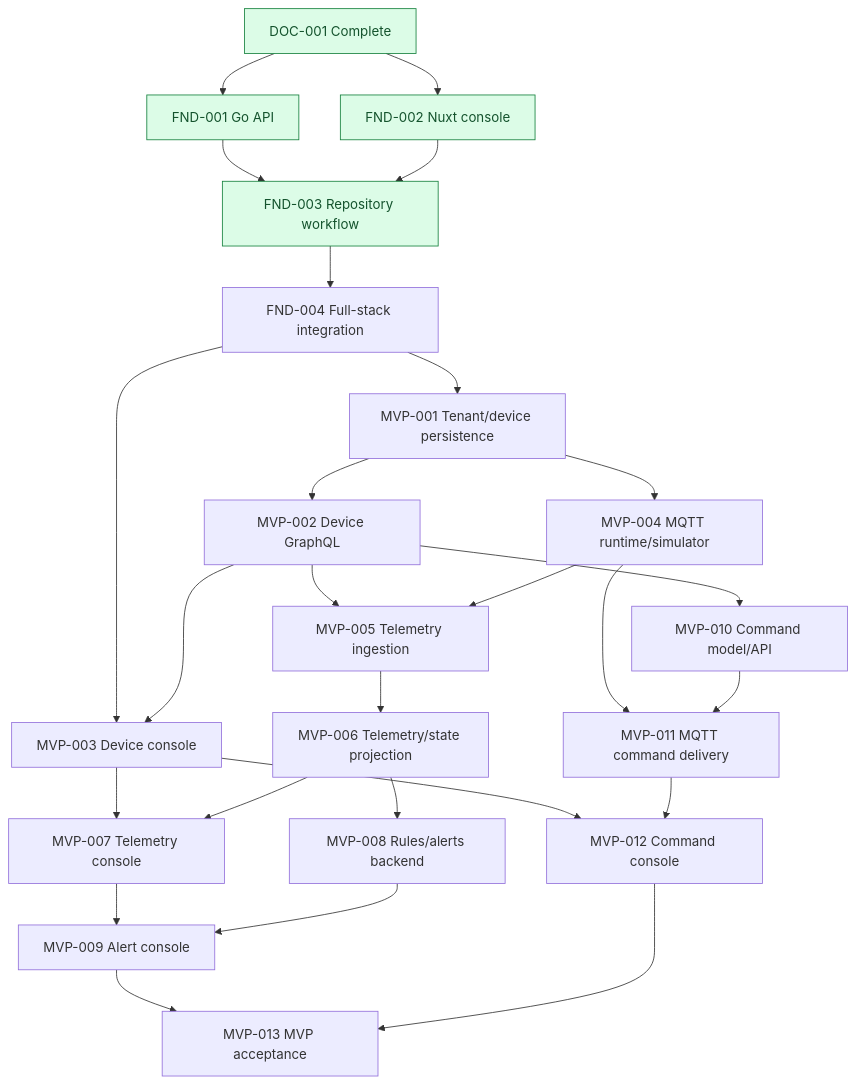
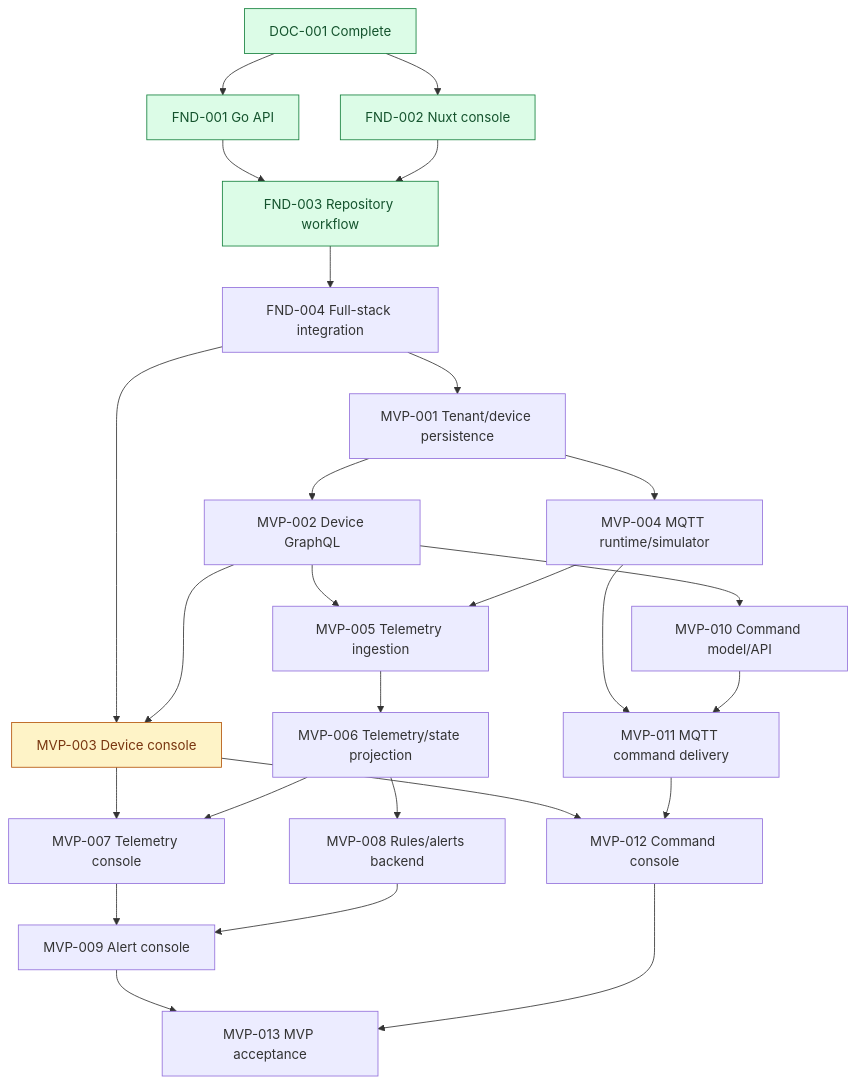
Before and after one commit to methat-ruk/pulsegrid: the second of 2 diagrams in docs/roadmap/roadmap.md, drawn with Mermaid. The commit also changed other lines of this file and 30 other files, not shown here.

````diff
--- a/docs/roadmap/roadmap.md
+++ b/docs/roadmap/roadmap.md
@@ -49,39 +49,41 @@
 ```mermaid
 flowchart TD
     DOC001[DOC-001 Complete] --> FND001[FND-001 Go API]
     DOC001 --> FND002[FND-002 Nuxt console]
     FND001 --> FND003[FND-003 Repository workflow]
     FND002 --> FND003
     FND003 --> FND004[FND-004 Full-stack integration]
 
     FND004 --> MVP001[MVP-001 Tenant/device persistence]
     MVP001 --> MVP002[MVP-002 Device GraphQL]
     FND004 --> MVP003[MVP-003 Device console]
     MVP002 --> MVP003
 
     MVP001 --> MVP004[MVP-004 MQTT runtime/simulator]
     MVP002 --> MVP005[MVP-005 Telemetry ingestion]
     MVP004 --> MVP005
     MVP005 --> MVP006[MVP-006 Telemetry/state projection]
     MVP003 --> MVP007[MVP-007 Telemetry console]
     MVP006 --> MVP007
 
     MVP006 --> MVP008[MVP-008 Rules/alerts backend]
     MVP007 --> MVP009[MVP-009 Alert console]
     MVP008 --> MVP009
 
     MVP002 --> MVP010[MVP-010 Command model/API]
     MVP004 --> MVP011[MVP-011 MQTT command delivery]
     MVP010 --> MVP011
     MVP003 --> MVP012[MVP-012 Command console]
     MVP011 --> MVP012
 
     MVP009 --> MVP013[MVP-013 MVP acceptance]
     MVP012 --> MVP013
 
     classDef complete fill:#DCFCE7,stroke:#15803D,color:#14532D;
+    classDef progress fill:#FEF3C7,stroke:#B45309,color:#78350F;
     class DOC001 complete;
     class FND001 complete;
     class FND002 complete;
     class FND003 complete;
+    class MVP003 progress;
 ```
````
